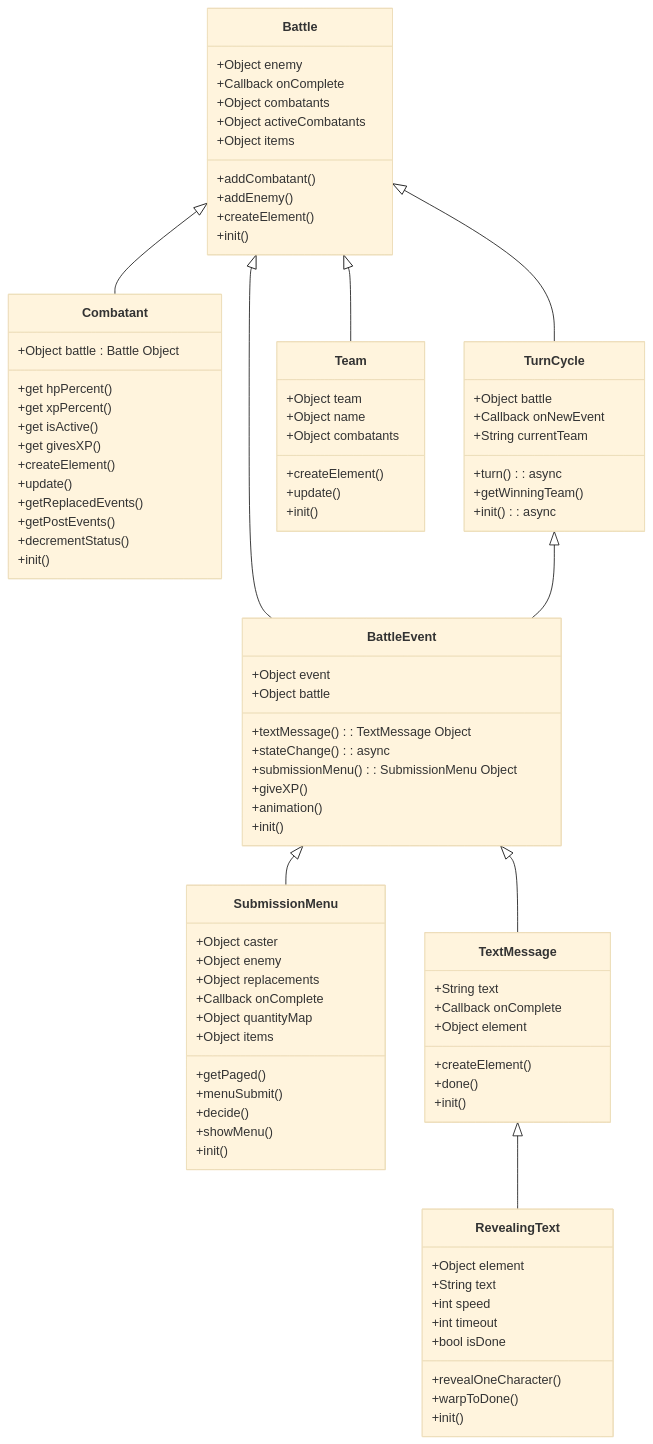
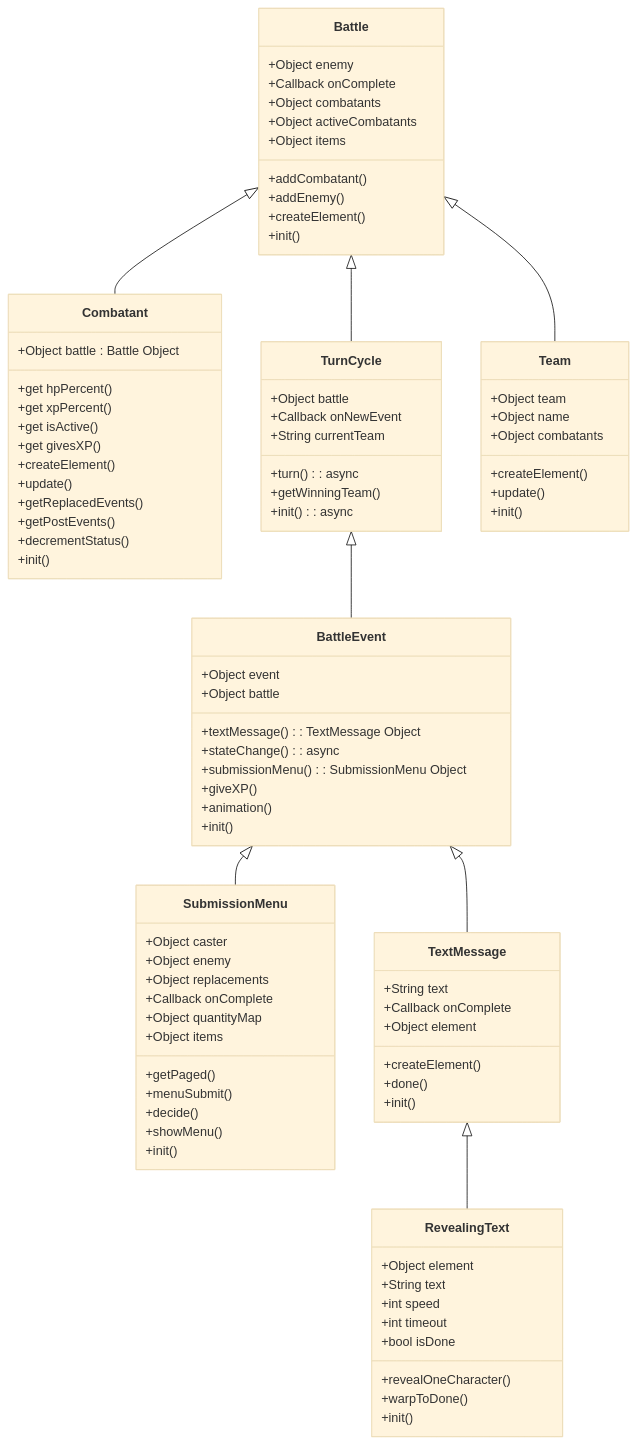
Before and after one commit to ITsPorky/land-of-zenethians-2d-rpg: the third of 3 diagrams in README.md, drawn with Mermaid (base theme).

Commit message:
Updated UML Graphs

````diff
--- a/README.md
+++ b/README.md
@@ -279,6 +279,5 @@
 ```mermaid
     classDiagram
-      Battle <|-- BattleEvent
       Battle <|-- Combatant
       Battle <|-- TurnCycle
       Battle <|-- Team
````
